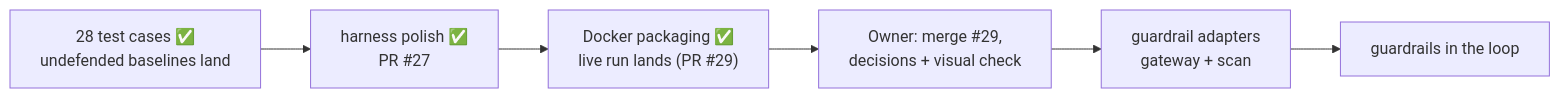
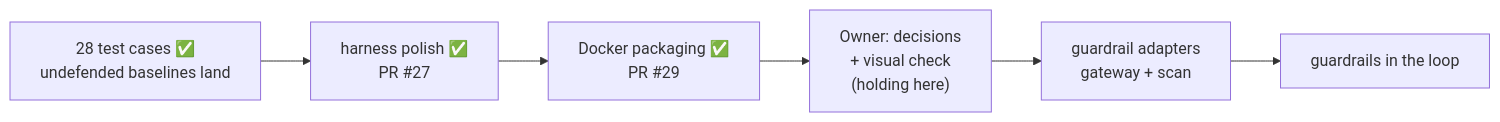
The diagram in STATUS.md (hackershmave1/guardrail-eval), drawn with Mermaid before and after one commit. The commit also changed other lines of this file, not shown here.

First line of the commit message:
Status: PR #29 merged; holding for the owner's next track

````diff
--- a/STATUS.md
+++ b/STATUS.md
@@ -10,8 +12,8 @@
 ```mermaid
 flowchart LR
     A["28 test cases ✅<br/>undefended baselines land"] --> P["harness polish ✅<br/>PR #27"]
-    P --> K["Docker packaging ✅<br/>live run lands (PR #29)"]
-    K --> C["Owner: merge #29,<br/>decisions + visual check"]
+    P --> K["Docker packaging ✅<br/>PR #29"]
+    K --> C["Owner: decisions<br/>+ visual check<br/>(holding here)"]
     C --> D["guardrail adapters<br/>gateway + scan"]
     D --> E["guardrails in the loop"]
 ```
````
